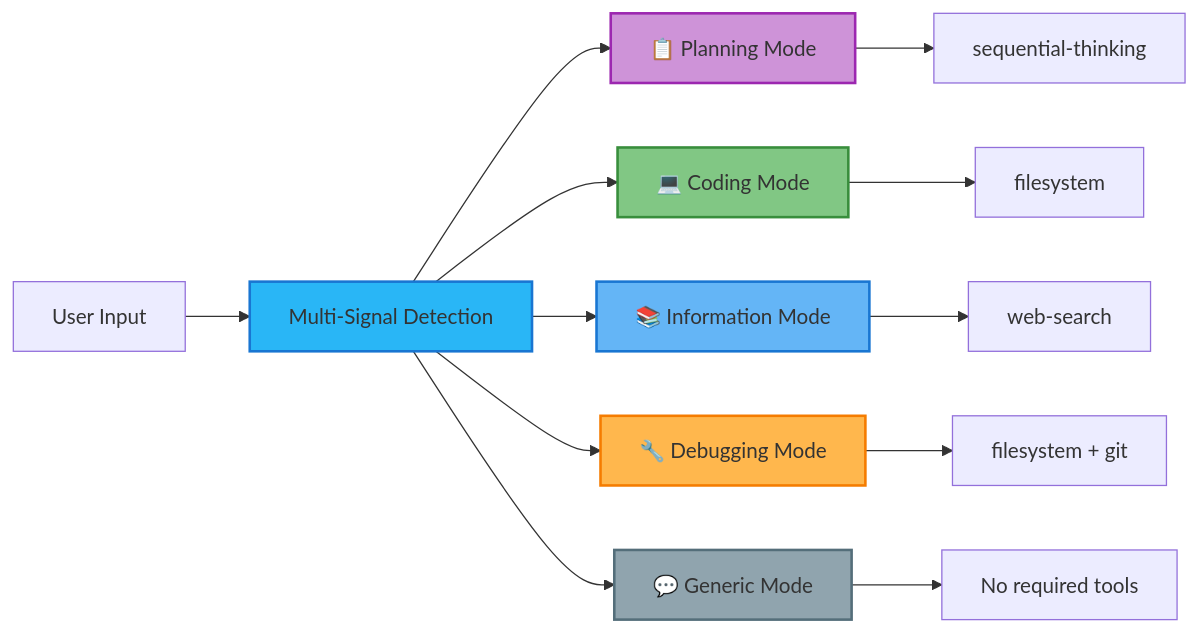
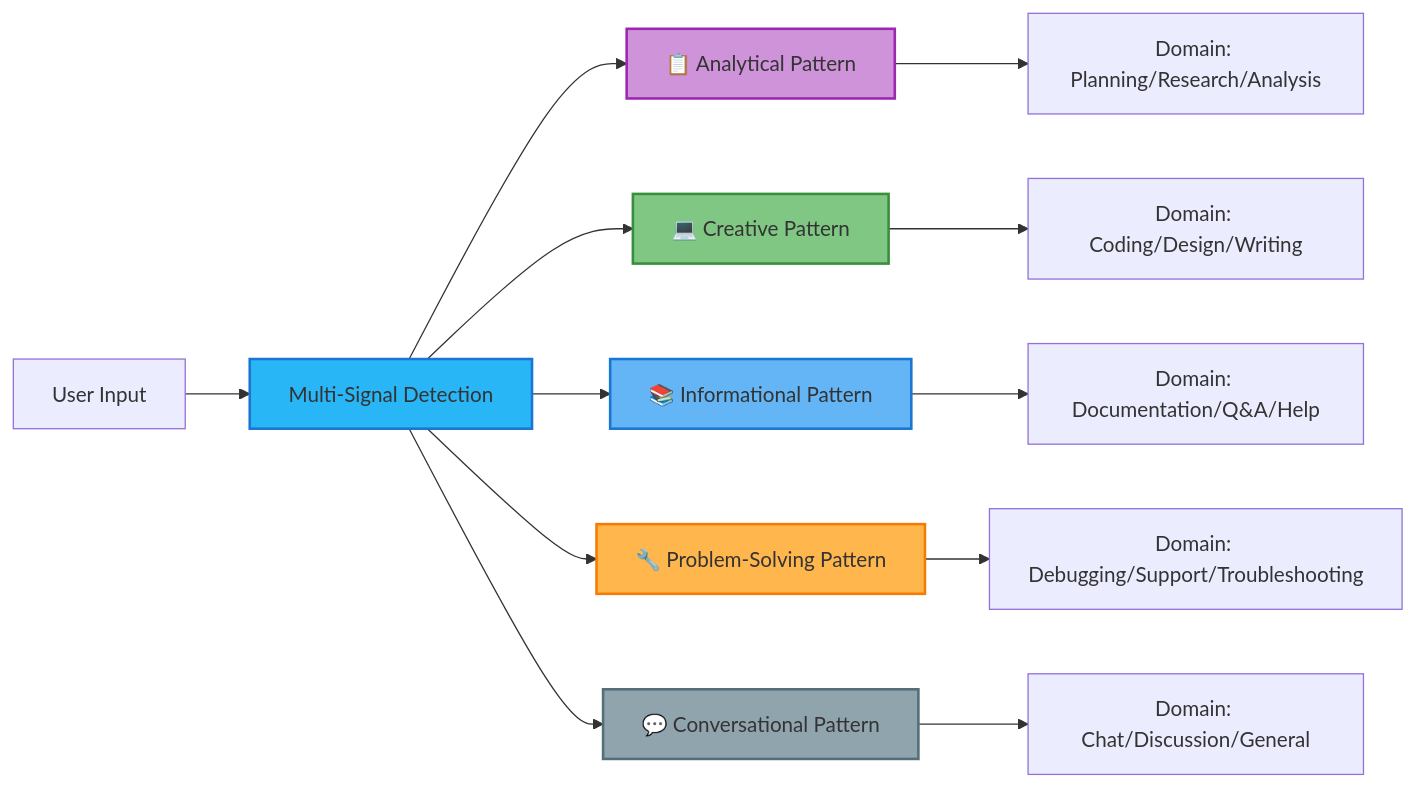
One commit to zhifengzhang-sz/qi-v2-agent changed the second of 3 diagrams in docs/agents/agent.md. Above: the diagram before and after it, drawn with Mermaid. The commit also changed other lines of this file and 58 other files, not shown here.

````diff
--- a/docs/agents/agent.md
+++ b/docs/agents/agent.md
@@ -97,23 +104,23 @@
 ```mermaid
 graph LR
     Input[User Input] --> PM[Multi-Signal Detection]
     
-    PM --> Planning[📋 Planning Mode]
-    PM --> Coding[💻 Coding Mode]  
-    PM --> Information[📚 Information Mode]
-    PM --> Debugging[🔧 Debugging Mode]
-    PM --> Generic[💬 Generic Mode]
+    PM --> Analytical[📋 Analytical Pattern]
+    PM --> Creative[💻 Creative Pattern]  
+    PM --> Information[📚 Informational Pattern]
+    PM --> ProblemSolving[🔧 Problem-Solving Pattern]
+    PM --> Conversational[💬 Conversational Pattern]
     
-    Planning --> PT[sequential-thinking]
-    Coding --> FT[filesystem]
-    Information --> ST[web-search]
-    Debugging --> FT2[filesystem + git]
-    Generic --> None[No required tools]
+    Analytical --> Domain1[Domain: Planning/Research/Analysis]
+    Creative --> Domain2[Domain: Coding/Design/Writing]
+    Information --> Domain3[Domain: Documentation/Q&A/Help]
+    ProblemSolving --> Domain4[Domain: Debugging/Support/Troubleshooting]
+    Conversational --> Domain5[Domain: Chat/Discussion/General]
     
     style PM fill:#29b6f6,stroke:#1976d2,stroke-width:2px
-    style Planning fill:#ce93d8,stroke:#9c27b0,stroke-width:2px
-    style Coding fill:#81c784,stroke:#388e3c,stroke-width:2px
+    style Analytical fill:#ce93d8,stroke:#9c27b0,stroke-width:2px
+    style Creative fill:#81c784,stroke:#388e3c,stroke-width:2px
     style Information fill:#64b5f6,stroke:#1976d2,stroke-width:2px
-    style Debugging fill:#ffb74d,stroke:#f57c00,stroke-width:2px
-    style Generic fill:#90a4ae,stroke:#546e7a,stroke-width:2px
+    style ProblemSolving fill:#ffb74d,stroke:#f57c00,stroke-width:2px
+    style Conversational fill:#90a4ae,stroke:#546e7a,stroke-width:2px
 ```
````
